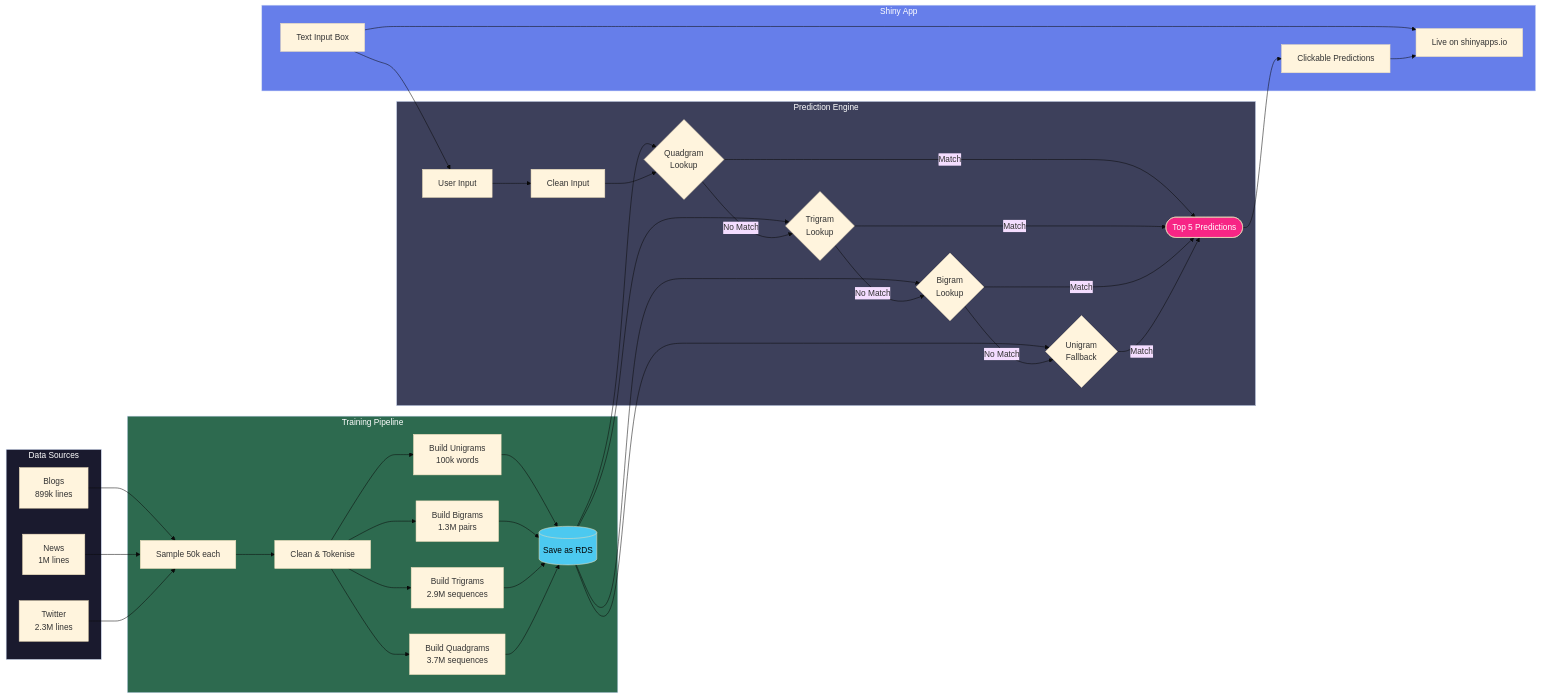
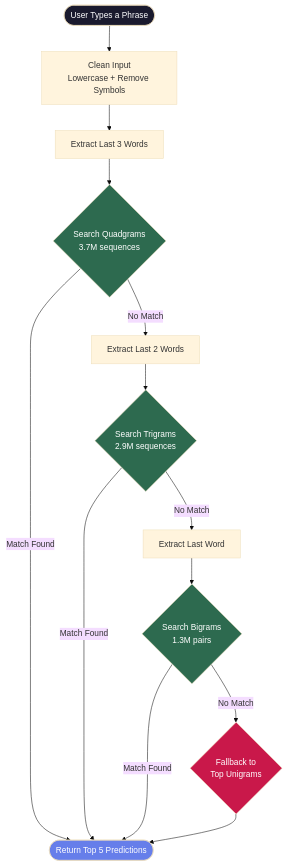
One commit to farhanbin65/next-word-predictor changed the diagram in README.md. Above: the diagram before and after it, drawn with Mermaid (base theme). The commit also changed other lines of this file, not shown here.

Commit message:
Add full system architecture mermaid diagram

````diff
--- a/README.md
+++ b/README.md
@@ -20,56 +20,26 @@
 ```mermaid
-flowchart LR
-    subgraph DATA ["Data Sources"]
-        A1[Blogs\n899k lines]
-        A2[News\n1M lines]
-        A3[Twitter\n2.3M lines]
-    end
+flowchart TD
+    A([User Types a Phrase]) --> B[Clean Input\nLowercase + Remove Symbols]
+    B --> C[Extract Last 3 Words]
+    
+    C --> D{Search Quadgrams\n3.7M sequences}
+    D -->|Match Found| E([Return Top 5 Predictions])
+    D -->|No Match| F[Extract Last 2 Words]
+    
+    F --> G{Search Trigrams\n2.9M sequences}
+    G -->|Match Found| E
+    G -->|No Match| H[Extract Last Word]
+    
+    H --> I{Search Bigrams\n1.3M pairs}
+    I -->|Match Found| E
+    I -->|No Match| J{Fallback to\nTop Unigrams}
+    
+    J --> E
 
-    subgraph TRAIN ["Training Pipeline"]
-        B1[Sample 50k each]
-        B2[Clean & Tokenise]
-        B3[Build Unigrams\n100k words]
-        B4[Build Bigrams\n1.3M pairs]
-        B5[Build Trigrams\n2.9M sequences]
-        B6[Build Quadgrams\n3.7M sequences]
-        B7[(Save as RDS)]
-    end
-
-    subgraph PREDICT ["Prediction Engine"]
-        C1[User Input]
-        C2[Clean Input]
-        C3{Quadgram\nLookup}
-        C4{Trigram\nLookup}
-        C5{Bigram\nLookup}
-        C6{Unigram\nFallback}
-        C7([Top 5 Predictions])
-    end
-
-    subgraph APP ["Shiny App"]
-        D1[Text Input Box]
-        D2[Clickable Predictions]
-        D3[Live on shinyapps.io]
-    end
-
-    A1 & A2 & A3 --> B1
-    B1 --> B2
-    B2 --> B3 & B4 & B5 & B6
-    B3 & B4 & B5 & B6 --> B7
-
-    B7 --> C3 & C4 & C5 & C6
-    D1 --> C1 --> C2
-    C2 --> C3
-    C3 -->|No Match| C4
-    C4 -->|No Match| C5
-    C5 -->|No Match| C6
-    C3 & C4 & C5 & C6 -->|Match| C7
-    C7 --> D2
-    D1 & D2 --> D3
-
-    style DATA fill:#1a1a2e,color:#fff
-    style TRAIN fill:#2d6a4f,color:#fff
-    style PREDICT fill:#3d405b,color:#fff
-    style APP fill:#667eea,color:#fff
-    style C7 fill:#f72585,color:#fff
-    style B7 fill:#4cc9f0,color:#000
+    style A fill:#1a1a2e,color:#fff
+    style E fill:#667eea,color:#fff
+    style D fill:#2d6a4f,color:#fff
+    style G fill:#2d6a4f,color:#fff
+    style I fill:#2d6a4f,color:#fff
+    style J fill:#c9184a,color:#fff
 ```
````
